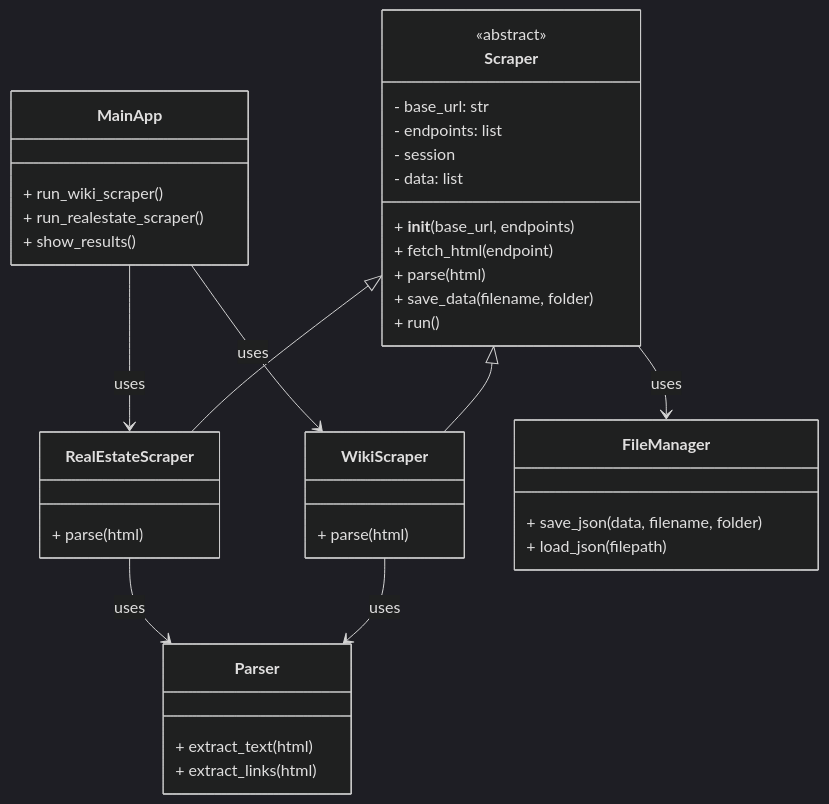
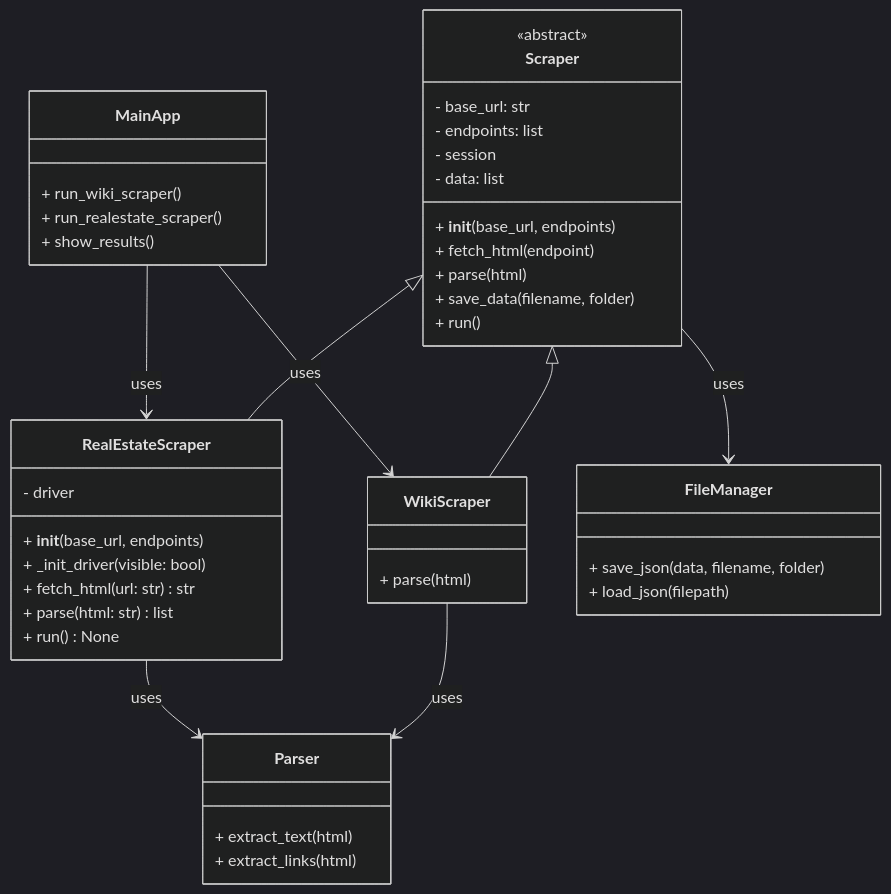
Before and after one commit to NicolasFelipeLuisCastillo/project_webscraper: the diagram in README.md, drawn with Mermaid (dark theme).

````diff
--- a/README.md
+++ b/README.md
@@ -28,51 +28,56 @@
 ``` mermaid
 classDiagram
 direction TB
 
 class Scraper {
     <<abstract>>
     - base_url: str
     - endpoints: list
     - session
     - data: list
     + __init__(base_url, endpoints)
     + fetch_html(endpoint)
     + parse(html)
     + save_data(filename, folder)
     + run()
 }
 
 class WikiScraper {
     + parse(html)
 }
 
 class RealEstateScraper {
-    + parse(html)
+    - driver
+    + __init__(base_url, endpoints)
+    + _init_driver(visible: bool)
+    + fetch_html(url: str) str
+    + parse(html: str) list
+    + run() None
 }
 
 class Parser {
     + extract_text(html)
     + extract_links(html)
 }
 
 class FileManager {
     + save_json(data, filename, folder)
     + load_json(filepath)
 }
 
 class MainApp {
     + run_wiki_scraper()
     + run_realestate_scraper()
     + show_results()
 }
 
 Scraper <|-- WikiScraper
 Scraper <|-- RealEstateScraper
 
 MainApp --> WikiScraper : uses
 MainApp --> RealEstateScraper : uses
 WikiScraper --> Parser : uses
 RealEstateScraper --> Parser : uses
 Scraper --> FileManager : uses
 
 ```
````
